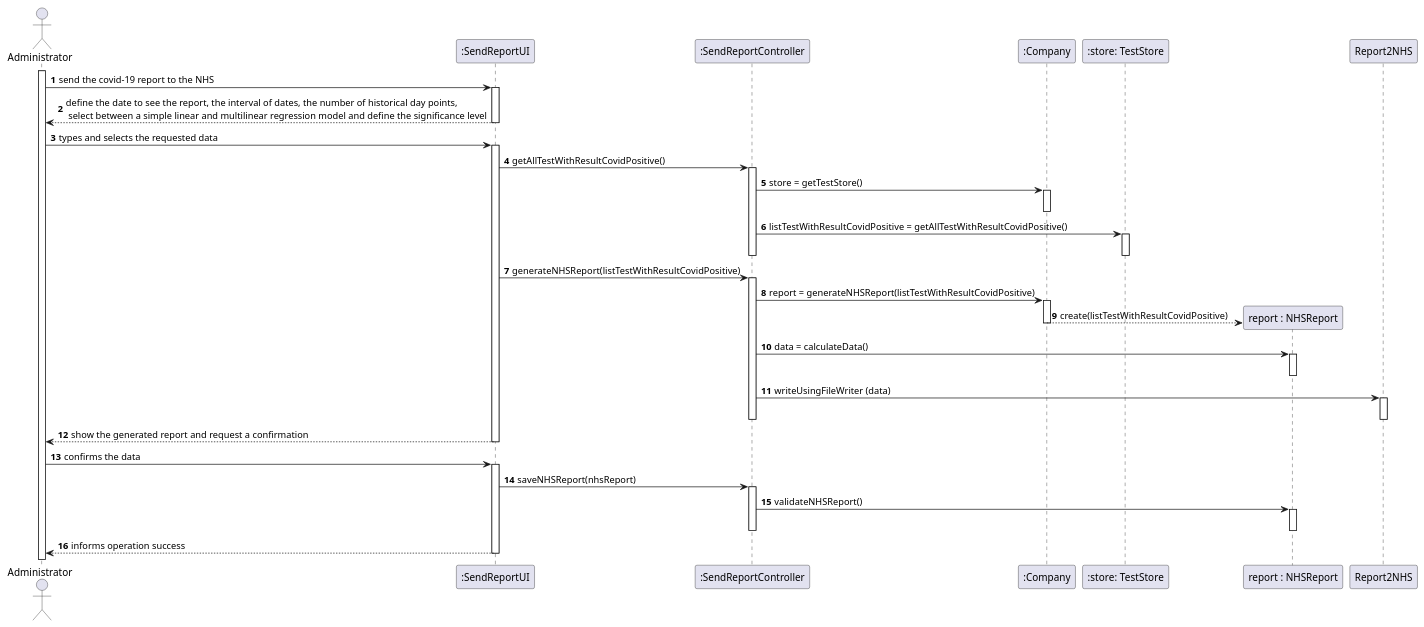
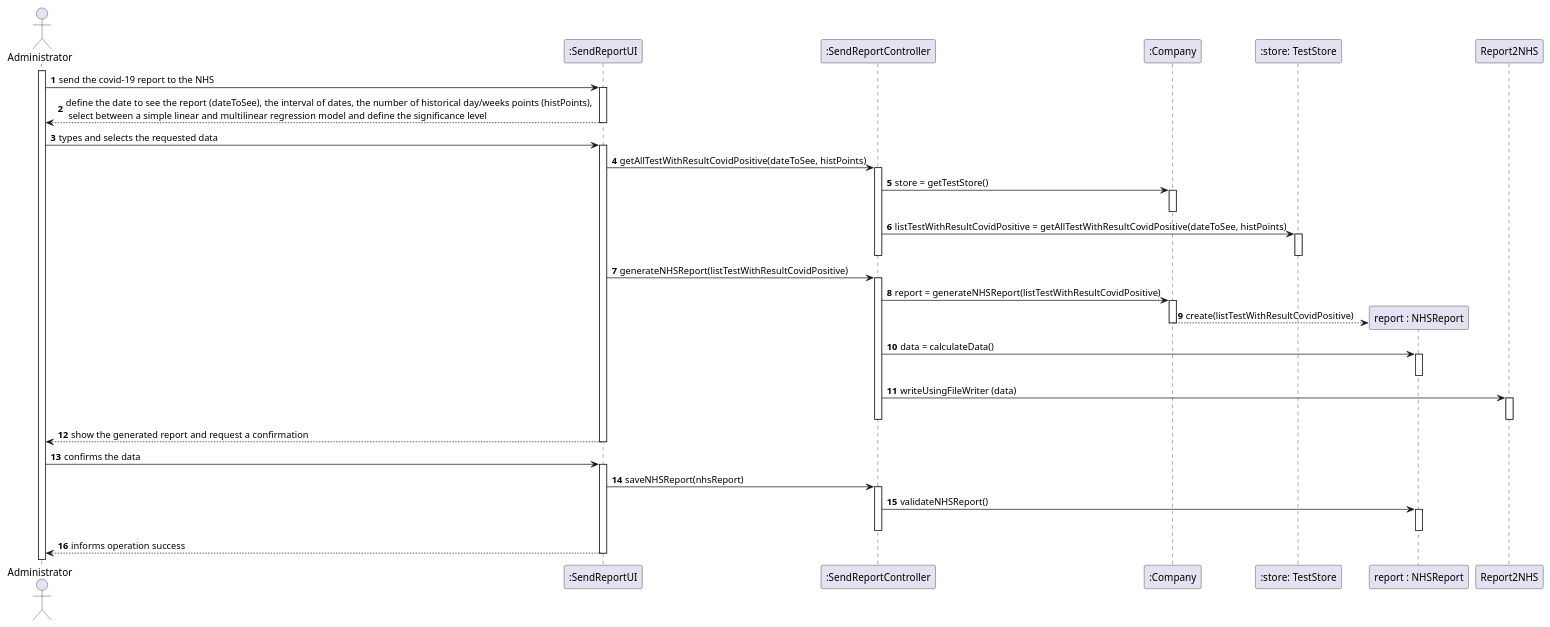
Before and after one commit to 0franciscor/lei-21-s2-1de-g19: the diagram in docs/SprintD/US18/US18-SD.puml, drawn with PlantUML. The commit also changed 1 other file, not shown here.

```diff
--- a/docs/SprintD/US18/US18-SD.puml
+++ b/docs/SprintD/US18/US18-SD.puml
@@ -1,73 +1,73 @@
 @startuml
 'https://plantuml.com/sequence-diagram
 
 autonumber
 
 actor "Administrator" as A
 activate A
 
 
 A -> ":SendReportUI" : send the covid-19 report to the NHS
 activate ":SendReportUI"
-":SendReportUI" --> A: define the date to see the report, the interval of dates, the number of historical day points, \n select between a simple linear and multilinear regression model and define the significance level
+":SendReportUI" --> A: define the date to see the report (dateToSee), the interval of dates, the number of historical day/weeks points (histPoints), \n select between a simple linear and multilinear regression model and define the significance level
 deactivate ":SendReportUI"
 
 A -> ":SendReportUI" : types and selects the requested data
 activate ":SendReportUI"
-":SendReportUI" -> ":SendReportController": getAllTestWithResultCovidPositive()
+":SendReportUI" -> ":SendReportController": getAllTestWithResultCovidPositive(dateToSee, histPoints)
 
 activate ":SendReportController"
 ":SendReportController" -> ":Company" : store = getTestStore()
 activate ":Company"
 deactivate ":Company"
 
-":SendReportController" -> ":store: TestStore" : listTestWithResultCovidPositive = getAllTestWithResultCovidPositive()
+":SendReportController" -> ":store: TestStore" : listTestWithResultCovidPositive = getAllTestWithResultCovidPositive(dateToSee, histPoints)
 activate ":store: TestStore"
 deactivate ":store: TestStore"
 
 deactivate ":SendReportController"
 
 ":SendReportUI" -> ":SendReportController" : generateNHSReport(listTestWithResultCovidPositive)
 activate ":SendReportController"
 
 ":SendReportController" -> ":Company" : report = generateNHSReport(listTestWithResultCovidPositive)
 activate ":Company"
 
 create "report : NHSReport"
 ":Company" --> "report : NHSReport" : create(listTestWithResultCovidPositive)
 
 deactivate ":Company"
 
 ":SendReportController" -> "report : NHSReport": data = calculateData()
 activate "report : NHSReport"
 deactivate "report : NHSReport"
 
 ":SendReportController" -> "Report2NHS": writeUsingFileWriter (data)
 
 activate "Report2NHS"
 
 deactivate "Report2NHS"
 
 deactivate ":SendReportController"
 
 ":SendReportUI" --> A: show the generated report and request a confirmation
 deactivate ":SendReportUI"
 
 A -> ":SendReportUI": confirms the data
 activate ":SendReportUI"
 
 ":SendReportUI" -> ":SendReportController": saveNHSReport(nhsReport)
 
 activate ":SendReportController"
 
 ":SendReportController" -> "report : NHSReport" : validateNHSReport()
 activate "report : NHSReport"
 deactivate "report : NHSReport"
 
 deactivate ":SendReportController"
 
 
 ":SendReportUI" --> A: informs operation success
 deactivate ":SendReportUI"
 
 @enduml
```
